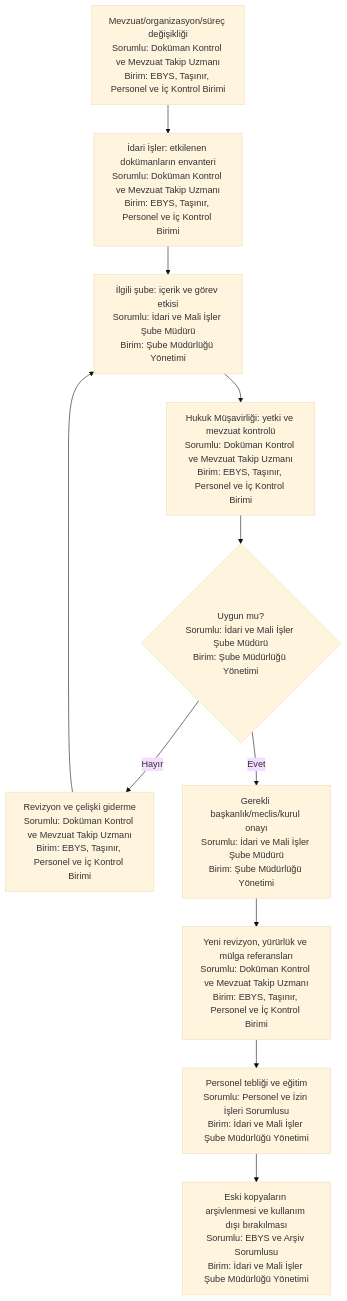
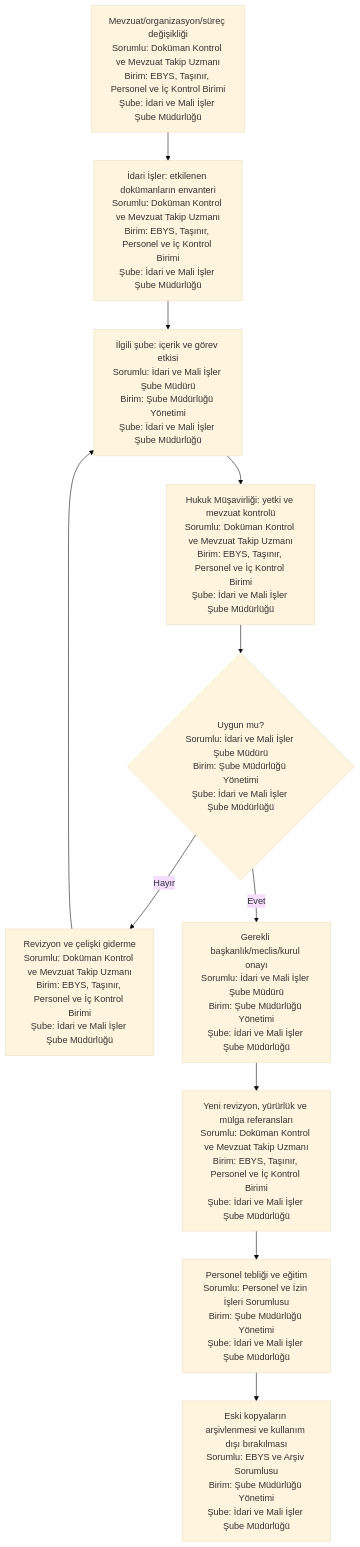
One commit to merdaergen-create/Ulasim_Dairesi_Is_Analizi changed the sixth of 6 diagrams in 15_yalin_surec_haritalari/idari_isler/README.md. Above: the diagram before and after it, drawn with Mermaid (base theme). The commit also changed other lines of this file and 20 other files, not shown here.

````diff
--- a/15_yalin_surec_haritalari/idari_isler/README.md
+++ b/15_yalin_surec_haritalari/idari_isler/README.md
@@ -175,13 +199,13 @@
 ```mermaid
 flowchart TD
-    A[Mevzuat/organizasyon/süreç değişikliği<br/>Sorumlu: Doküman Kontrol ve Mevzuat Takip Uzmanı<br/>Birim: EBYS, Taşınır, Personel ve İç Kontrol Birimi] --> B[İdari İşler: etkilenen dokümanların envanteri<br/>Sorumlu: Doküman Kontrol ve Mevzuat Takip Uzmanı<br/>Birim: EBYS, Taşınır, Personel ve İç Kontrol Birimi]
-    B --> C[İlgili şube: içerik ve görev etkisi<br/>Sorumlu: İdari ve Mali İşler Şube Müdürü<br/>Birim: Şube Müdürlüğü Yönetimi]
-    C --> D[Hukuk Müşavirliği: yetki ve mevzuat kontrolü<br/>Sorumlu: Doküman Kontrol ve Mevzuat Takip Uzmanı<br/>Birim: EBYS, Taşınır, Personel ve İç Kontrol Birimi]
-    D --> E{Uygun mu?<br/>Sorumlu: İdari ve Mali İşler Şube Müdürü<br/>Birim: Şube Müdürlüğü Yönetimi}
-    E -- Hayır --> F[Revizyon ve çelişki giderme<br/>Sorumlu: Doküman Kontrol ve Mevzuat Takip Uzmanı<br/>Birim: EBYS, Taşınır, Personel ve İç Kontrol Birimi]
+    A[Mevzuat/organizasyon/süreç değişikliği<br/>Sorumlu: Doküman Kontrol ve Mevzuat Takip Uzmanı<br/>Birim: EBYS, Taşınır, Personel ve İç Kontrol Birimi<br/>Şube: İdari ve Mali İşler Şube Müdürlüğü] --> B[İdari İşler: etkilenen dokümanların envanteri<br/>Sorumlu: Doküman Kontrol ve Mevzuat Takip Uzmanı<br/>Birim: EBYS, Taşınır, Personel ve İç Kontrol Birimi<br/>Şube: İdari ve Mali İşler Şube Müdürlüğü]
+    B --> C[İlgili şube: içerik ve görev etkisi<br/>Sorumlu: İdari ve Mali İşler Şube Müdürü<br/>Birim: Şube Müdürlüğü Yönetimi<br/>Şube: İdari ve Mali İşler Şube Müdürlüğü]
+    C --> D[Hukuk Müşavirliği: yetki ve mevzuat kontrolü<br/>Sorumlu: Doküman Kontrol ve Mevzuat Takip Uzmanı<br/>Birim: EBYS, Taşınır, Personel ve İç Kontrol Birimi<br/>Şube: İdari ve Mali İşler Şube Müdürlüğü]
+    D --> E{Uygun mu?<br/>Sorumlu: İdari ve Mali İşler Şube Müdürü<br/>Birim: Şube Müdürlüğü Yönetimi<br/>Şube: İdari ve Mali İşler Şube Müdürlüğü}
+    E -- Hayır --> F[Revizyon ve çelişki giderme<br/>Sorumlu: Doküman Kontrol ve Mevzuat Takip Uzmanı<br/>Birim: EBYS, Taşınır, Personel ve İç Kontrol Birimi<br/>Şube: İdari ve Mali İşler Şube Müdürlüğü]
     F --> C
-    E -- Evet --> G[Gerekli başkanlık/meclis/kurul onayı<br/>Sorumlu: İdari ve Mali İşler Şube Müdürü<br/>Birim: Şube Müdürlüğü Yönetimi]
-    G --> H[Yeni revizyon, yürürlük ve mülga referansları<br/>Sorumlu: Doküman Kontrol ve Mevzuat Takip Uzmanı<br/>Birim: EBYS, Taşınır, Personel ve İç Kontrol Birimi]
-    H --> I[Personel tebliği ve eğitim<br/>Sorumlu: Personel ve İzin İşleri Sorumlusu<br/>Birim: İdari ve Mali İşler Şube Müdürlüğü Yönetimi]
-    I --> J[Eski kopyaların arşivlenmesi ve kullanım dışı bırakılması<br/>Sorumlu: EBYS ve Arşiv Sorumlusu<br/>Birim: İdari ve Mali İşler Şube Müdürlüğü Yönetimi]
+    E -- Evet --> G[Gerekli başkanlık/meclis/kurul onayı<br/>Sorumlu: İdari ve Mali İşler Şube Müdürü<br/>Birim: Şube Müdürlüğü Yönetimi<br/>Şube: İdari ve Mali İşler Şube Müdürlüğü]
+    G --> H[Yeni revizyon, yürürlük ve mülga referansları<br/>Sorumlu: Doküman Kontrol ve Mevzuat Takip Uzmanı<br/>Birim: EBYS, Taşınır, Personel ve İç Kontrol Birimi<br/>Şube: İdari ve Mali İşler Şube Müdürlüğü]
+    H --> I[Personel tebliği ve eğitim<br/>Sorumlu: Personel ve İzin İşleri Sorumlusu<br/>Birim: Şube Müdürlüğü Yönetimi<br/>Şube: İdari ve Mali İşler Şube Müdürlüğü]
+    I --> J[Eski kopyaların arşivlenmesi ve kullanım dışı bırakılması<br/>Sorumlu: EBYS ve Arşiv Sorumlusu<br/>Birim: Şube Müdürlüğü Yönetimi<br/>Şube: İdari ve Mali İşler Şube Müdürlüğü]
 ```
````
